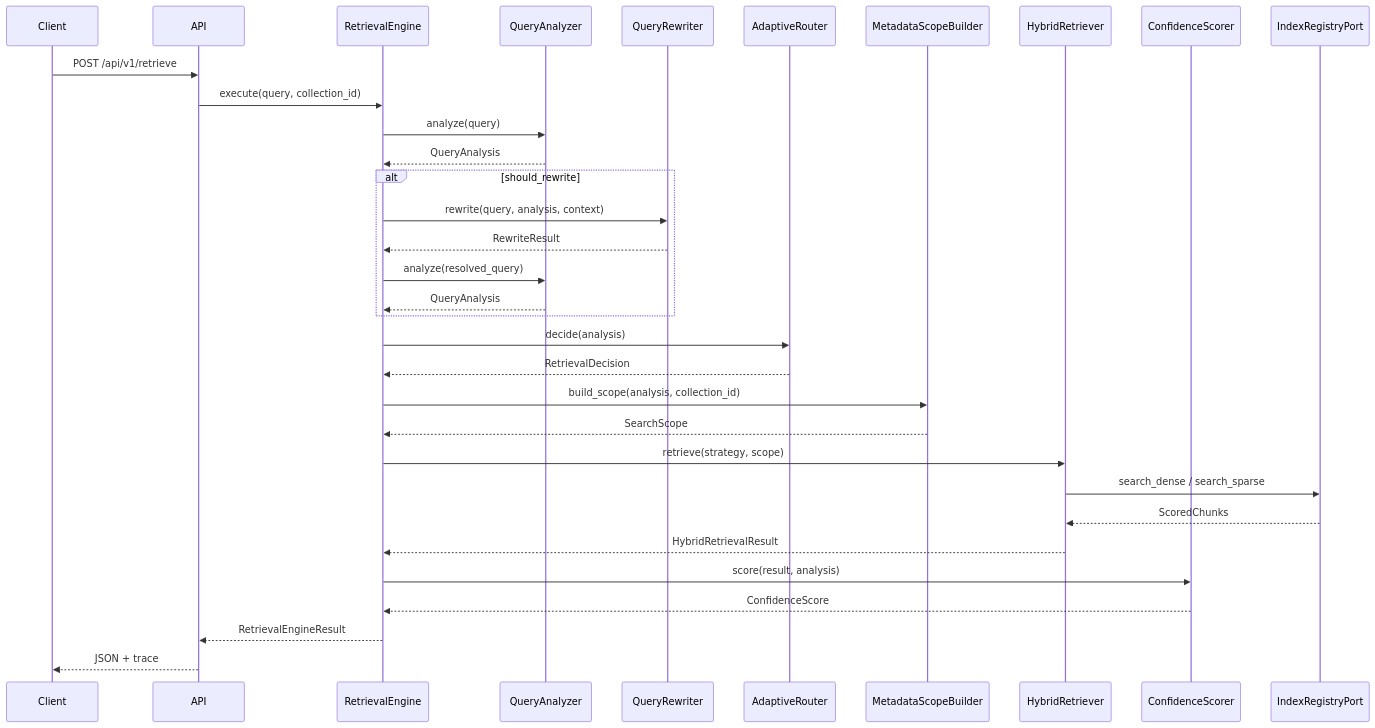
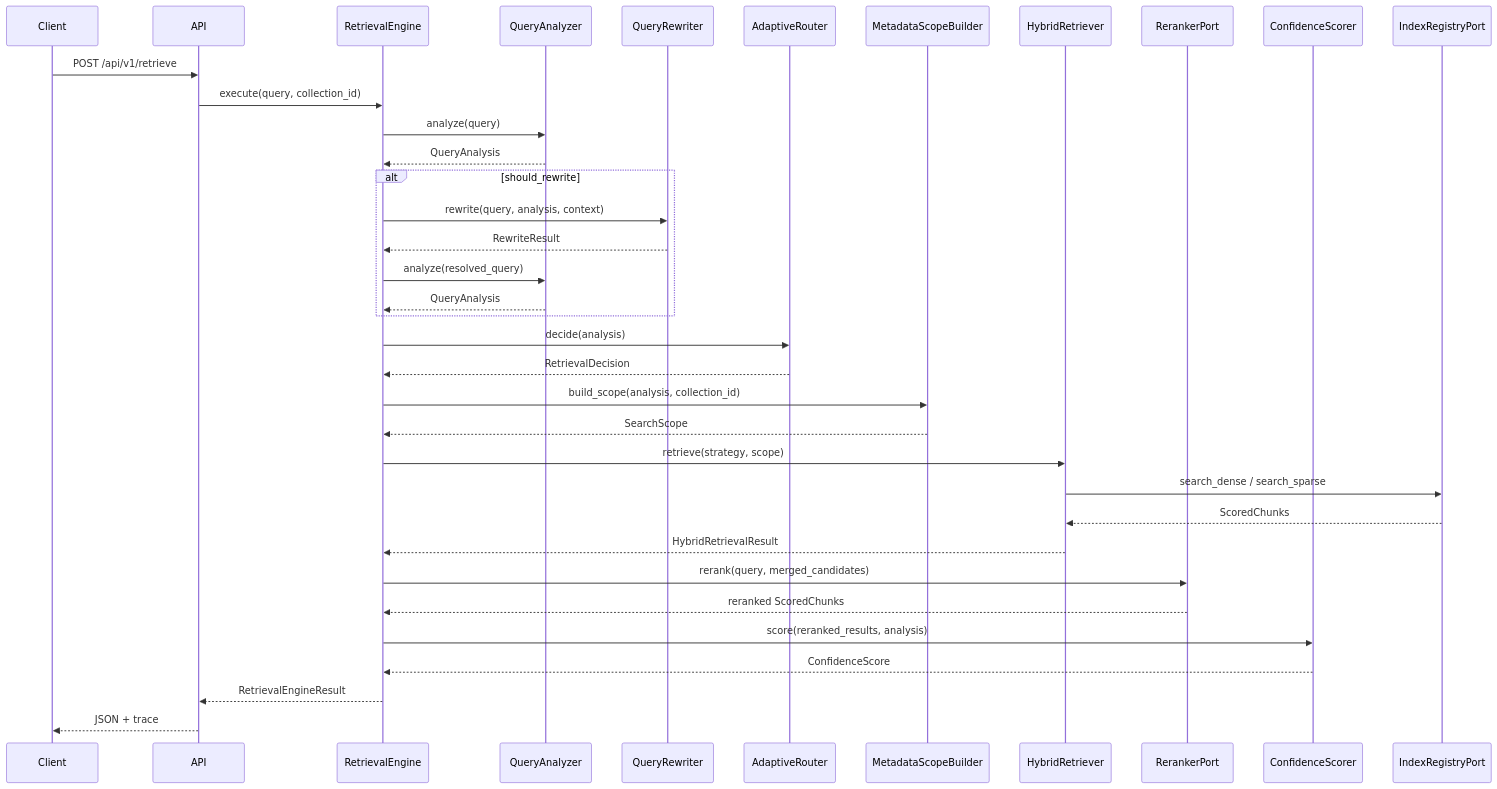
Before and after one commit to GowriSaravanan/Atlas: the second of 3 diagrams in docs/architecture.md, drawn with Mermaid. The commit also changed other lines of this file and 15 other files, not shown here.

````diff
--- a/docs/architecture.md
+++ b/docs/architecture.md
@@ -61,36 +61,39 @@
 ```mermaid
 sequenceDiagram
     participant Client
     participant API
     participant Engine as RetrievalEngine
     participant Analyzer as QueryAnalyzer
     participant Rewriter as QueryRewriter
     participant Router as AdaptiveRouter
     participant Scope as MetadataScopeBuilder
     participant Retriever as HybridRetriever
+    participant Reranker as RerankerPort
     participant Confidence as ConfidenceScorer
     participant Index as IndexRegistryPort
 
     Client->>API: POST /api/v1/retrieve
     API->>Engine: execute(query, collection_id)
     Engine->>Analyzer: analyze(query)
     Analyzer-->>Engine: QueryAnalysis
     alt should_rewrite
         Engine->>Rewriter: rewrite(query, analysis, context)
         Rewriter-->>Engine: RewriteResult
         Engine->>Analyzer: analyze(resolved_query)
         Analyzer-->>Engine: QueryAnalysis
     end
     Engine->>Router: decide(analysis)
     Router-->>Engine: RetrievalDecision
     Engine->>Scope: build_scope(analysis, collection_id)
     Scope-->>Engine: SearchScope
     Engine->>Retriever: retrieve(strategy, scope)
     Retriever->>Index: search_dense / search_sparse
     Index-->>Retriever: ScoredChunks
     Retriever-->>Engine: HybridRetrievalResult
-    Engine->>Confidence: score(result, analysis)
+    Engine->>Reranker: rerank(query, merged_candidates)
+    Reranker-->>Engine: reranked ScoredChunks
+    Engine->>Confidence: score(reranked_results, analysis)
     Confidence-->>Engine: ConfidenceScore
     Engine-->>API: RetrievalEngineResult
     API-->>Client: JSON + trace
 ```
````
